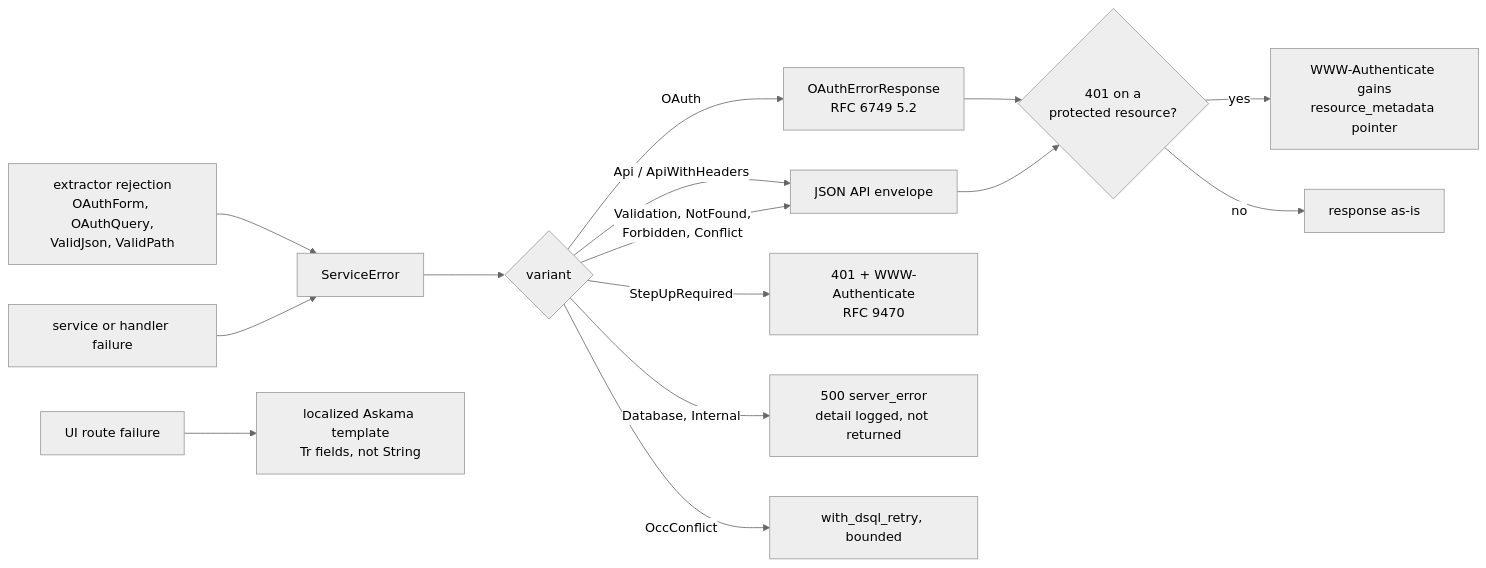
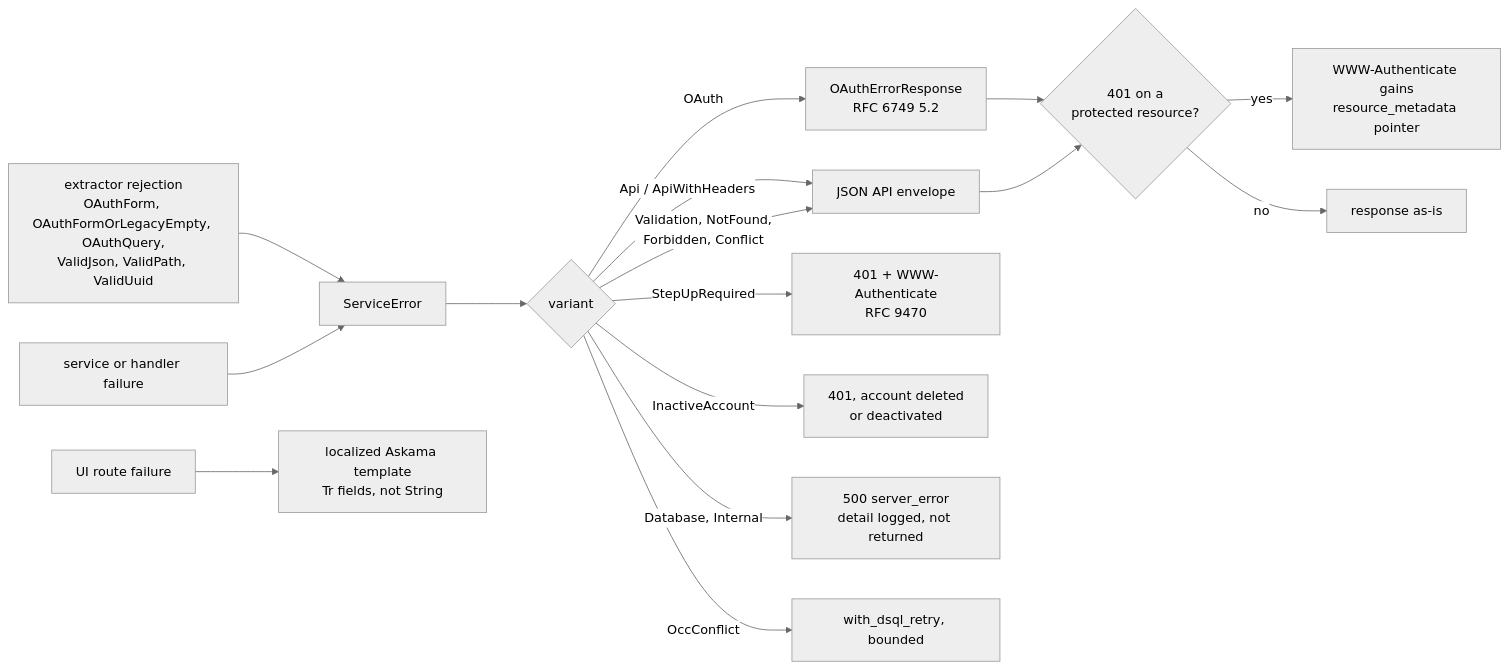
One commit to vouch-sh/vouch changed the eighth of 8 diagrams in crates/vouch-server/ARCHITECTURE.md. Above: the diagram before and after it, drawn with Mermaid (neutral theme). The commit also changed other lines of this file, not shown here.

````diff
--- a/crates/vouch-server/ARCHITECTURE.md
+++ b/crates/vouch-server/ARCHITECTURE.md
@@ -531,17 +621,18 @@
 ```mermaid
 flowchart LR
-  ext["extractor rejection<br/>OAuthForm, OAuthQuery,<br/>ValidJson, ValidPath"] --> se
+  ext["extractor rejection<br/>OAuthForm, OAuthFormOrLegacyEmpty, OAuthQuery,<br/>ValidJson, ValidPath, ValidUuid"] --> se
   svc["service or handler failure"] --> se
   se["ServiceError"] --> k{"variant"}
   k -- "OAuth" --> oa["OAuthErrorResponse<br/>RFC 6749 5.2"]
   k -- "Api / ApiWithHeaders" --> ja["JSON API envelope"]
   k -- "StepUpRequired" --> su["401 + WWW-Authenticate<br/>RFC 9470"]
+  k -- "InactiveAccount" --> ia["401, account deleted<br/>or deactivated"]
   k -- "Validation, NotFound,<br/>Forbidden, Conflict" --> ja
   k -- "Database, Internal" --> int["500 server_error<br/>detail logged, not returned"]
   k -- "OccConflict" --> retry["with_dsql_retry, bounded"]
   oa --> rm{"401 on a<br/>protected resource?"}
   rm -- "yes" --> rmd["WWW-Authenticate gains<br/>resource_metadata pointer"]
   rm -- "no" --> plain["response as-is"]
   ja --> rm
   tmpl["UI route failure"] --> html["localized Askama template<br/>Tr fields, not String"]
 ```
````
